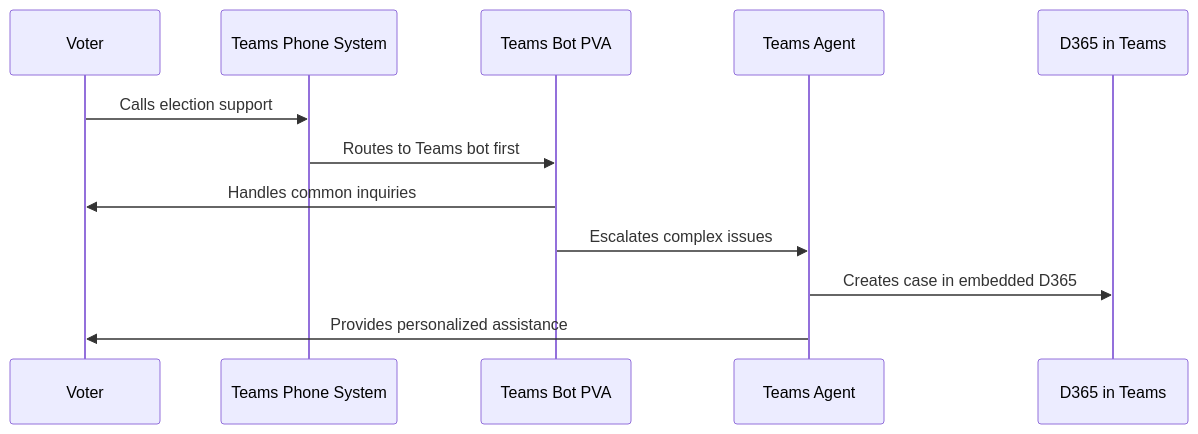
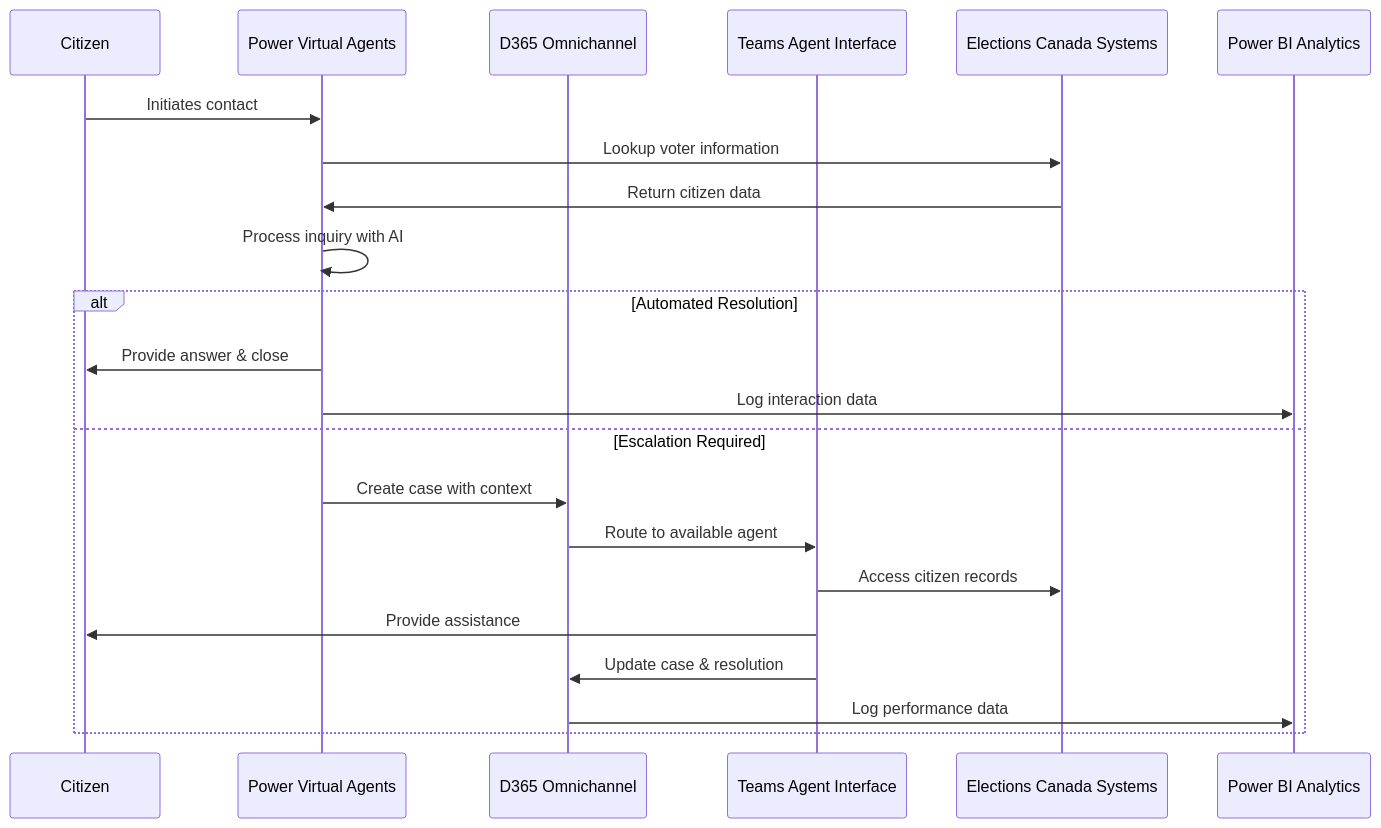
The ninth of 9 diagrams in docs/DCC/readme.md (Cloudstrucc/Public), drawn with Mermaid before and after one commit. The commit also changed other lines of this file and 4 other files, not shown here.

````diff
--- a/docs/DCC/readme.md
+++ b/docs/DCC/readme.md
@@ -766,15 +900,26 @@
 ```mermaid
 sequenceDiagram
-    participant Voter
-    participant TeamsPhone as Teams Phone System
-    participant TeamsBot as Teams Bot PVA
-    participant TeamsAgent as Teams Agent
-    participant D365 as D365 in Teams
+    participant Citizen
+    participant PVA as Power Virtual Agents
+    participant D365 as D365 Omnichannel
+    participant Teams as Teams Agent Interface
+    participant EC as Elections Canada Systems
+    participant Analytics as Power BI Analytics
 
-    Voter->>TeamsPhone: Calls election support
-    TeamsPhone->>TeamsBot: Routes to Teams bot first
-    TeamsBot->>Voter: Handles common inquiries
-    TeamsBot->>TeamsAgent: Escalates complex issues
-    TeamsAgent->>D365: Creates case in embedded D365
-    TeamsAgent->>Voter: Provides personalized assistance
+    Citizen->>PVA: Initiates contact
+    PVA->>EC: Lookup voter information
+    EC->>PVA: Return citizen data
+    PVA->>PVA: Process inquiry with AI
+    
+    alt Automated Resolution
+        PVA->>Citizen: Provide answer & close
+        PVA->>Analytics: Log interaction data
+    else Escalation Required
+        PVA->>D365: Create case with context
+        D365->>Teams: Route to available agent
+        Teams->>EC: Access citizen records
+        Teams->>Citizen: Provide assistance
+        Teams->>D365: Update case & resolution
+        D365->>Analytics: Log performance data
+    end
 ```
````
